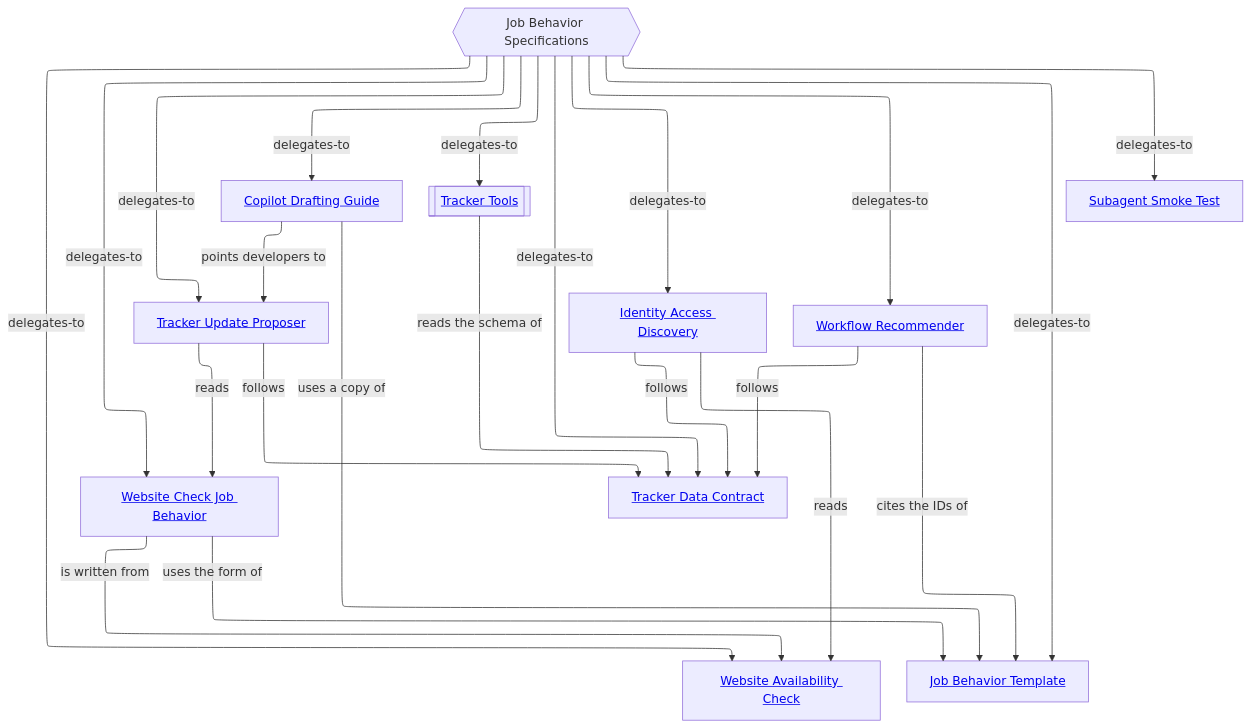
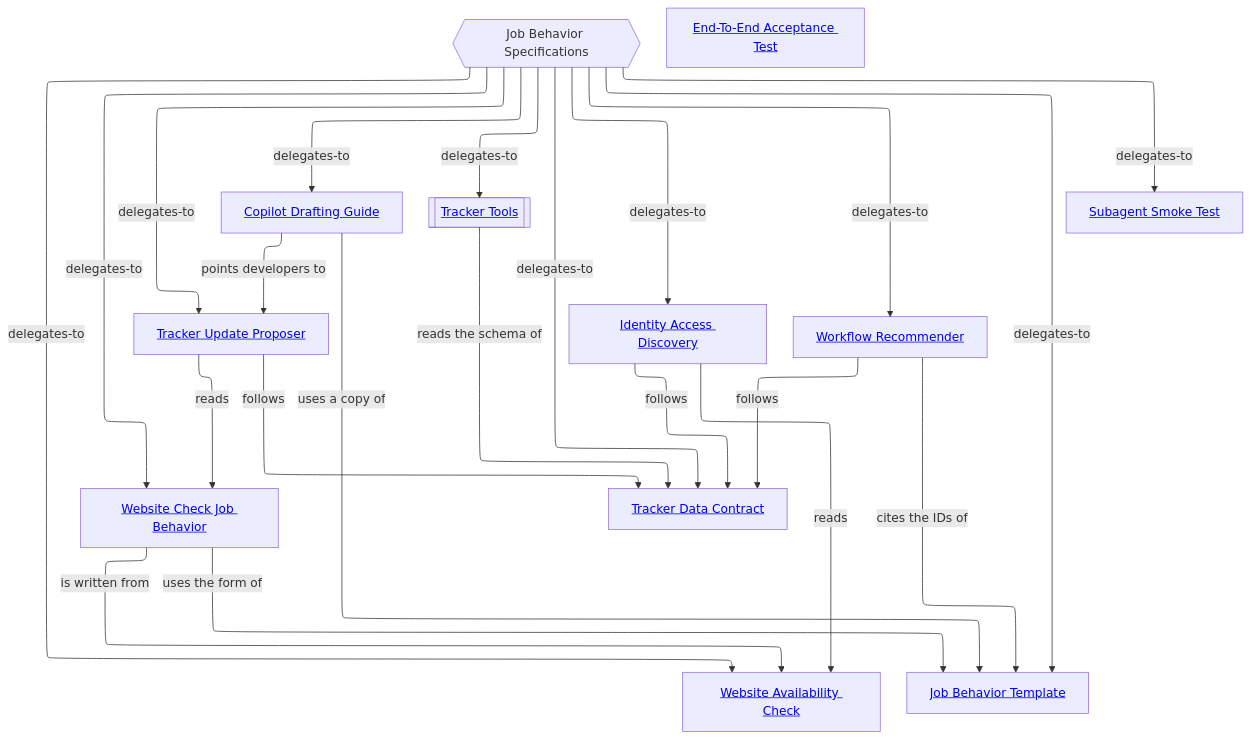
The first of 2 diagrams in README.md (vrparthasarathy/migration-job-discovery), drawn with Mermaid before and after one commit. The commit also changed other lines of this file and 6 other files, not shown here.

Commit message:
Plan End-To-End Acceptance Test.

````diff
--- a/README.md
+++ b/README.md
@@ -43,40 +44,41 @@
 ```mermaid
 ---
 config:
   layout: elk
 ---
 %%{init: {"securityLevel": "loose"}}%%
 flowchart TB
   root{{"Job Behavior Specifications"}}
   check["<a href='website-availability-check/README.md#diagram'>Website Availability Check</a>"]
   tmpl["<a href='job-behavior-template/README.md#diagram'>Job Behavior Template</a>"]
   ref["<a href='website-check-job-behavior/README.md#diagram'>Website Check Job Behavior</a>"]
   guide["<a href='copilot-drafting-guide/README.md#diagram'>Copilot Drafting Guide</a>"]
   contract["<a href='tracker-data-contract/README.md#diagram'>Tracker Data Contract</a>"]
   proposer["<a href='tracker-update-proposer/README.md#diagram'>Tracker Update Proposer</a>"]
   access["<a href='identity-access-discovery/README.md#diagram'>Identity Access Discovery</a>"]
   recommender["<a href='workflow-recommender/README.md#diagram'>Workflow Recommender</a>"]
   tools[["<a href='tracker-tools/README.md#diagram'>Tracker Tools</a>"]]
   smoke["<a href='subagent-smoke-test/README.md#design'>Subagent Smoke Test</a>"]
+  e2e["<a href='end-to-end-acceptance-test/README.md#planned-diagram'>End-To-End Acceptance Test</a>"]:::planned
   root -->|delegates-to| check
   root -->|delegates-to| tmpl
   root -->|delegates-to| ref
   root -->|delegates-to| guide
   root -->|delegates-to| contract
   root -->|delegates-to| proposer
   root -->|delegates-to| access
   root -->|delegates-to| recommender
   root -->|delegates-to| tools
   root -->|delegates-to| smoke
   ref -->|"uses the form of"| tmpl
   ref -->|"is written from"| check
   guide -->|"uses a copy of"| tmpl
   guide -->|"points developers to"| proposer
   proposer -->|"follows"| contract
   access -->|"follows"| contract
   recommender -->|"follows"| contract
   tools -->|"reads the schema of"| contract
   proposer -->|"reads"| ref
   access -->|"reads"| check
   recommender -->|"cites the IDs of"| tmpl
 ```
````
